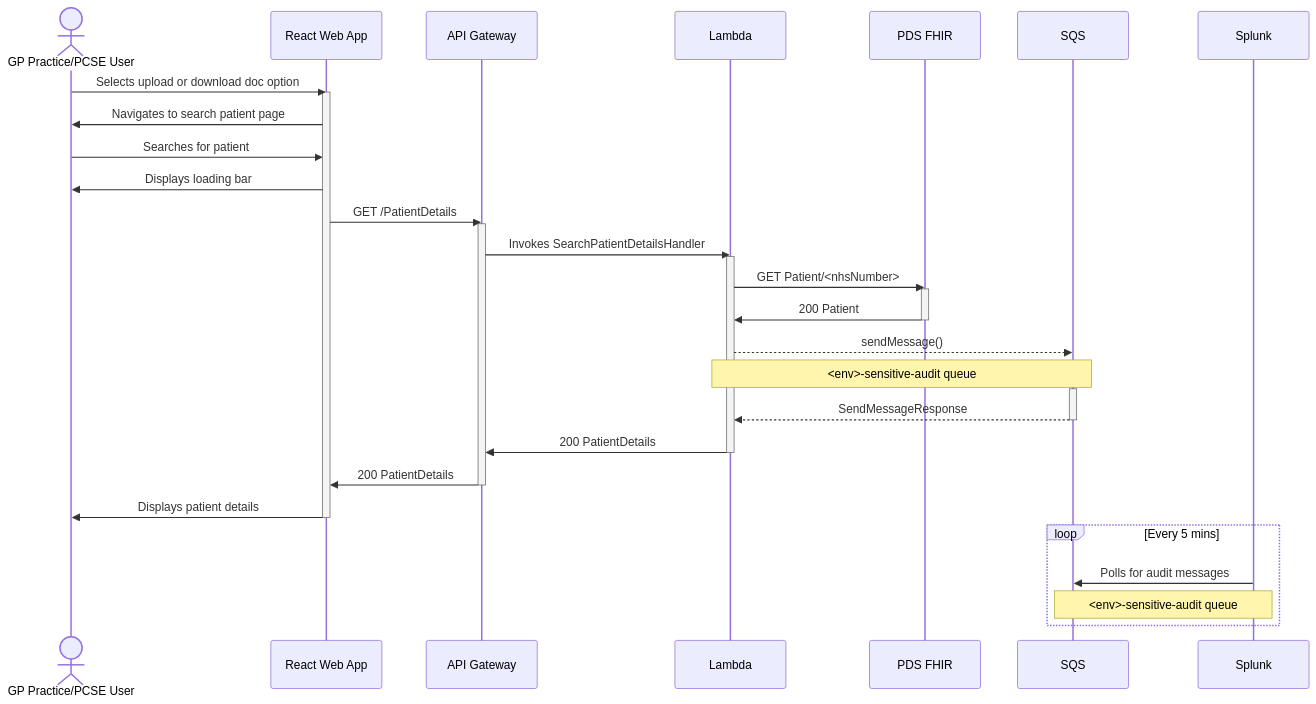
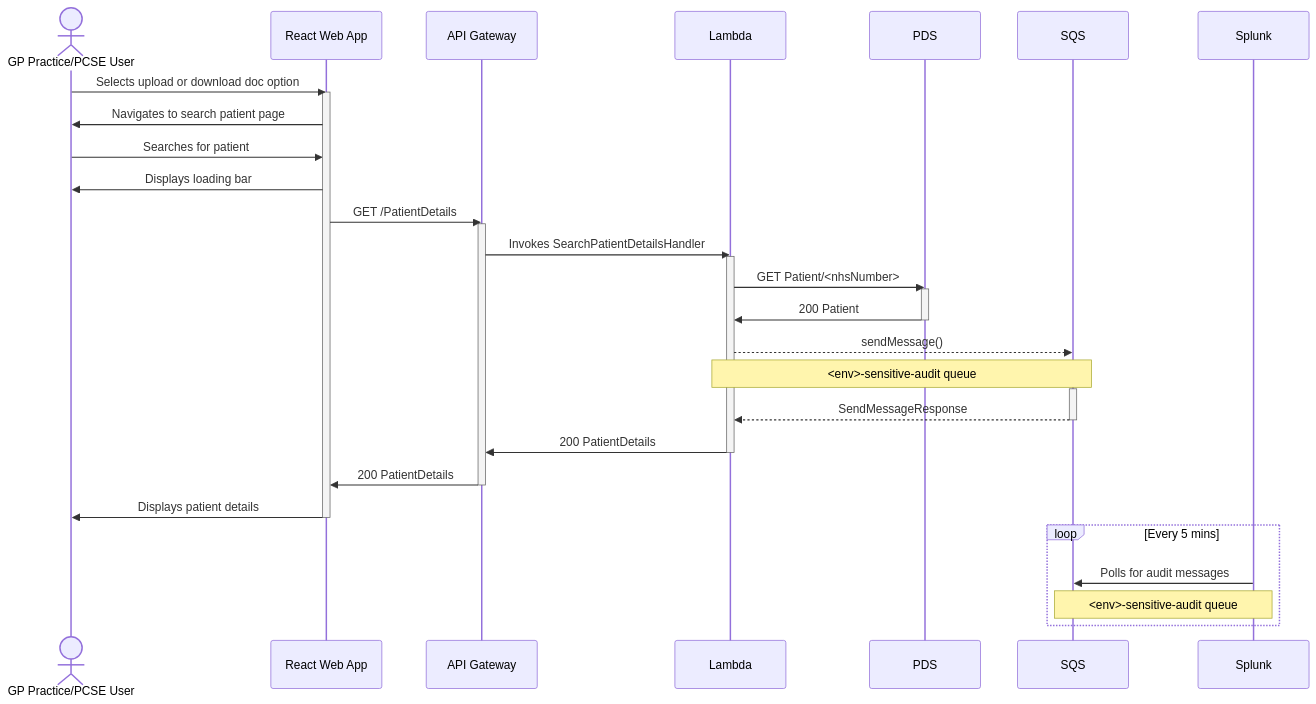
The diagram in docs/diagrams/sequence/search-patient-details.md (nhsconnect/document-store-prototype), drawn with Mermaid before and after one commit.

Commit message:
[PRMT-3138] Replace PDS FHIR with PDS for search patient details sequence diagram

````diff
--- a/docs/diagrams/sequence/search-patient-details.md
+++ b/docs/diagrams/sequence/search-patient-details.md
@@ -8,32 +8,32 @@
 ```mermaid
 sequenceDiagram
     actor GP Practice/PCSE User
     GP Practice/PCSE User->>React Web App: Selects upload or download doc option
     activate React Web App
         React Web App->>GP Practice/PCSE User: Navigates to search patient page
         GP Practice/PCSE User->>React Web App: Searches for patient
         React Web App->>GP Practice/PCSE User: Displays loading bar
         React Web App->>API Gateway: GET /PatientDetails
         activate API Gateway
             API Gateway->>Lambda: Invokes SearchPatientDetailsHandler
             activate Lambda
-                Lambda->>PDS FHIR: GET Patient/<nhsNumber>
-                activate PDS FHIR
-                    PDS FHIR->>Lambda: 200 Patient
-                deactivate PDS FHIR
+                Lambda->>PDS: GET Patient/<nhsNumber>
+                activate PDS
+                    PDS->>Lambda: 200 Patient
+                deactivate PDS
                 Lambda-->>SQS: sendMessage()
                 Note over Lambda, SQS: <env>-sensitive-audit queue
                 activate SQS
                     SQS-->>Lambda: SendMessageResponse
                 deactivate SQS
                 Lambda->>API Gateway: 200 PatientDetails
             deactivate Lambda
             API Gateway->>React Web App: 200 PatientDetails
         deactivate API Gateway
         React Web App->>GP Practice/PCSE User: Displays patient details
     deactivate React Web App
     loop Every 5 mins
         Splunk->>SQS: Polls for audit messages
         Note over Splunk, SQS: <env>-sensitive-audit queue
     end
 ```
````
